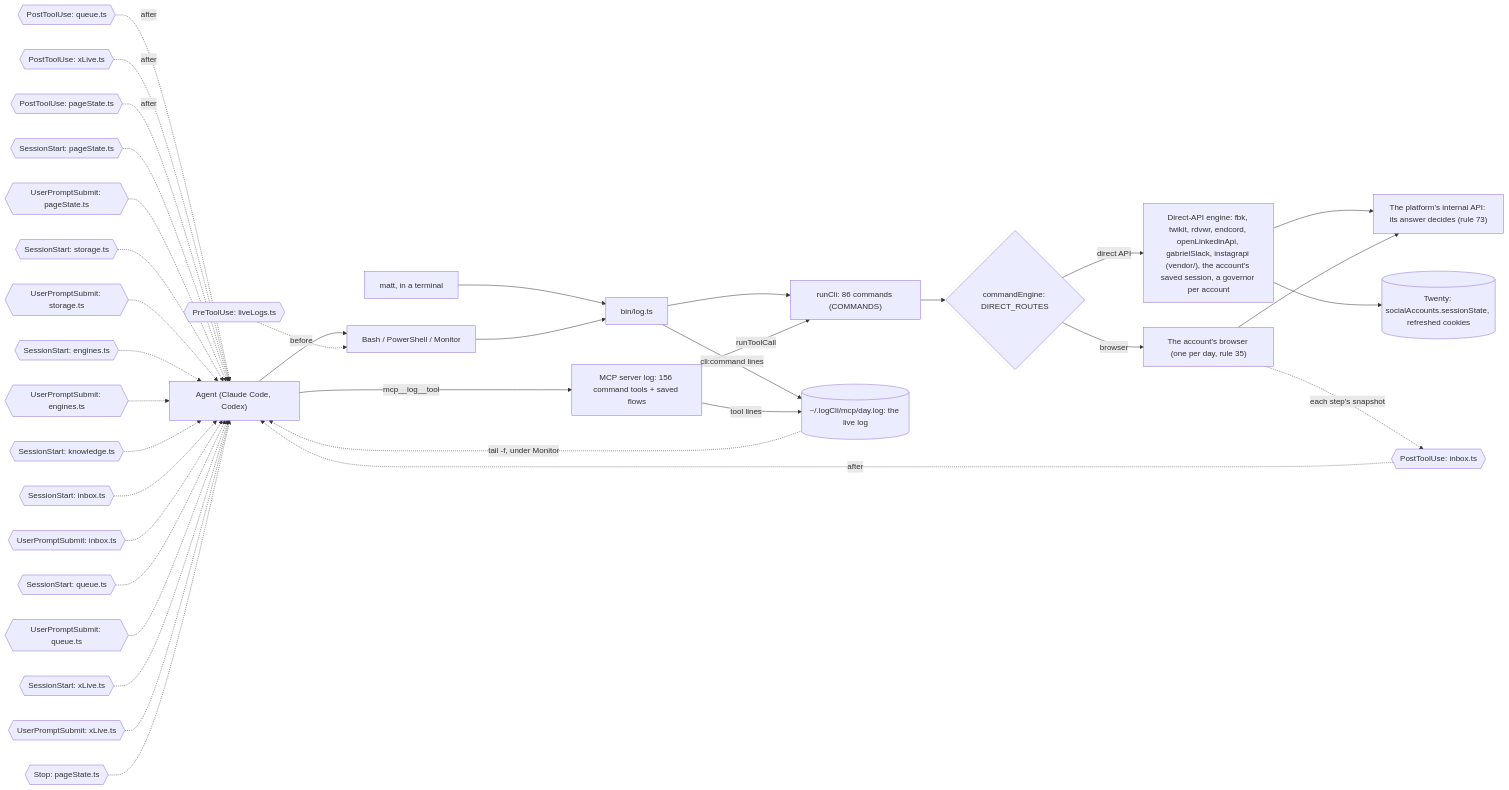
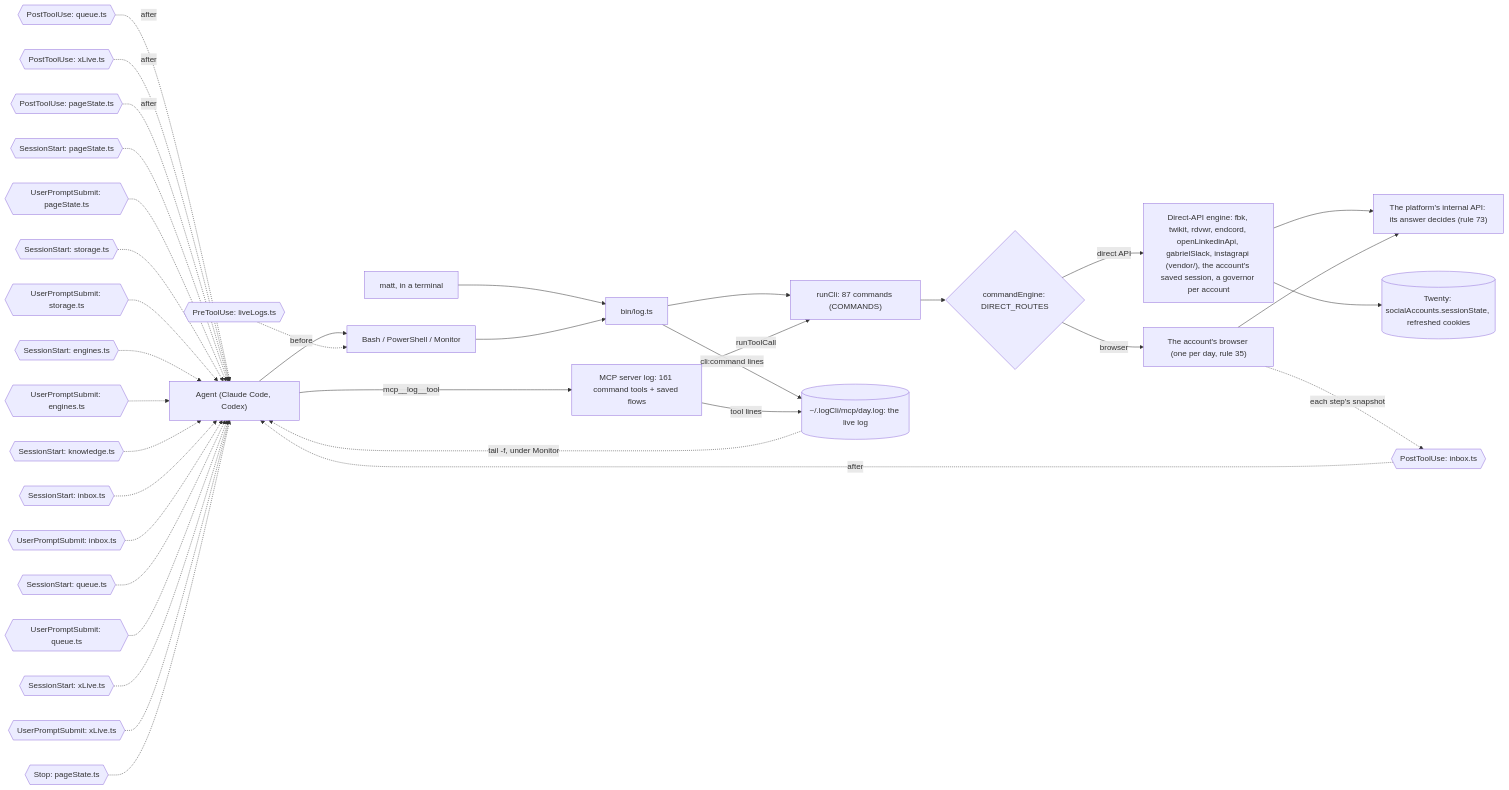
The third of 6 diagrams in docs/reference.md (matthewdonsemail-lab/log), drawn with Mermaid before and after one commit. The commit also changed other lines of this file and 25 other files, not shown here.

````diff
--- a/docs/reference.md
+++ b/docs/reference.md
@@ -182,50 +183,50 @@
 ```mermaid
 flowchart LR
   agent["Agent (Claude Code, Codex)"]
   matt["matt, in a terminal"]
   shell["Bash / PowerShell / Monitor"]
-  mcp["MCP server log: 156 command tools + saved flows"]
+  mcp["MCP server log: 161 command tools + saved flows"]
   bin["bin/log.ts"]
-  runCli["runCli: 86 commands (COMMANDS)"]
+  runCli["runCli: 87 commands (COMMANDS)"]
   live[("~/.logCli/mcp/day.log: the live log")]
   engine{"commandEngine: DIRECT_ROUTES"}
   direct["Direct-API engine: fbk, twikit, rdvwr, endcord, openLinkedinApi, gabrielSlack, instagrapi (vendor/), the account's saved session, a governor per account"]
   browser["The account's browser (one per day, rule 35)"]
   api["The platform's internal API: its answer decides (rule 73)"]
   twenty[("Twenty: socialAccounts.sessionState, refreshed cookies")]
   agent --> shell
   matt --> bin
   shell --> bin
   agent -->|mcp__log__tool| mcp
   bin --> runCli
   mcp -->|runToolCall| runCli
   runCli --> engine
   engine -->|direct API| direct
   engine -->|browser| browser
   direct --> api
   browser --> api
   direct --> twenty
   bin -->|cli:command lines| live
   mcp -->|tool lines| live
   live -.->|tail -f, under Monitor| agent
   pre0{{"PreToolUse: liveLogs.ts"}} -.->|before| shell
   post0{{"PostToolUse: inbox.ts"}} -.->|after| agent
   post1{{"PostToolUse: queue.ts"}} -.->|after| agent
   post2{{"PostToolUse: xLive.ts"}} -.->|after| agent
   post3{{"PostToolUse: pageState.ts"}} -.->|after| agent
   turn0{{"SessionStart: pageState.ts"}} -.-> agent
   turn1{{"UserPromptSubmit: pageState.ts"}} -.-> agent
   turn2{{"SessionStart: storage.ts"}} -.-> agent
   turn3{{"UserPromptSubmit: storage.ts"}} -.-> agent
   turn4{{"SessionStart: engines.ts"}} -.-> agent
   turn5{{"UserPromptSubmit: engines.ts"}} -.-> agent
   turn6{{"SessionStart: knowledge.ts"}} -.-> agent
   turn7{{"SessionStart: inbox.ts"}} -.-> agent
   turn8{{"UserPromptSubmit: inbox.ts"}} -.-> agent
   turn9{{"SessionStart: queue.ts"}} -.-> agent
   turn10{{"UserPromptSubmit: queue.ts"}} -.-> agent
   turn11{{"SessionStart: xLive.ts"}} -.-> agent
   turn12{{"UserPromptSubmit: xLive.ts"}} -.-> agent
   turn13{{"Stop: pageState.ts"}} -.-> agent
   browser -.->|each step's snapshot| post0
 ```
````
